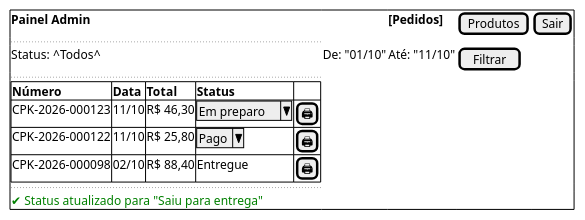
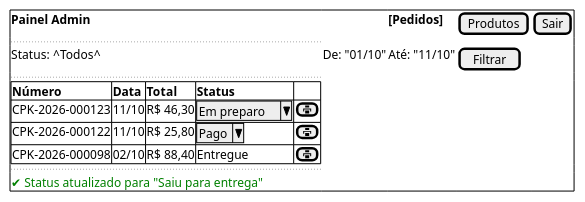
One commit to ErickSantox/Cupcakes-app changed diagram 13 of 13 in docs/situacao-1/ihc/wireframes.puml. Above: the diagram before and after it, drawn with PlantUML. The commit also changed other lines of this file and 7 other files, not shown here.

```diff
--- a/docs/situacao-1/ihc/wireframes.puml
+++ b/docs/situacao-1/ihc/wireframes.puml
@@ -224,16 +224,16 @@
 @startsalt admin-pedidos
 {+
   <b>Painel Admin</b> | . | <b>[Pedidos]</b> | [Produtos] | [Sair]
   ..
   Status: ^Todos^ | De: "01/10" | Até: "11/10" | [Filtrar]
   ..
   {#
     <b>Número</b> | <b>Data</b> | <b>Total</b> | <b>Status</b> | .
-    CPK-2026-000123 | 11/10 | R$ 46,30 | ^Em preparo^ | [🖨]
-    CPK-2026-000122 | 11/10 | R$ 25,80 | ^Pago^ | [🖨]
-    CPK-2026-000098 | 02/10 | R$ 88,40 | Entregue | [🖨]
+    CPK-2026-000123 | 11/10 | R$ 46,30 | ^Em preparo^ | [<&print>]
+    CPK-2026-000122 | 11/10 | R$ 25,80 | ^Pago^ | [<&print>]
+    CPK-2026-000098 | 02/10 | R$ 88,40 | Entregue | [<&print>]
   }
   ..
   <color:green>✔ Status atualizado para "Saiu para entrega"</color>
 }
 @endsalt
```
